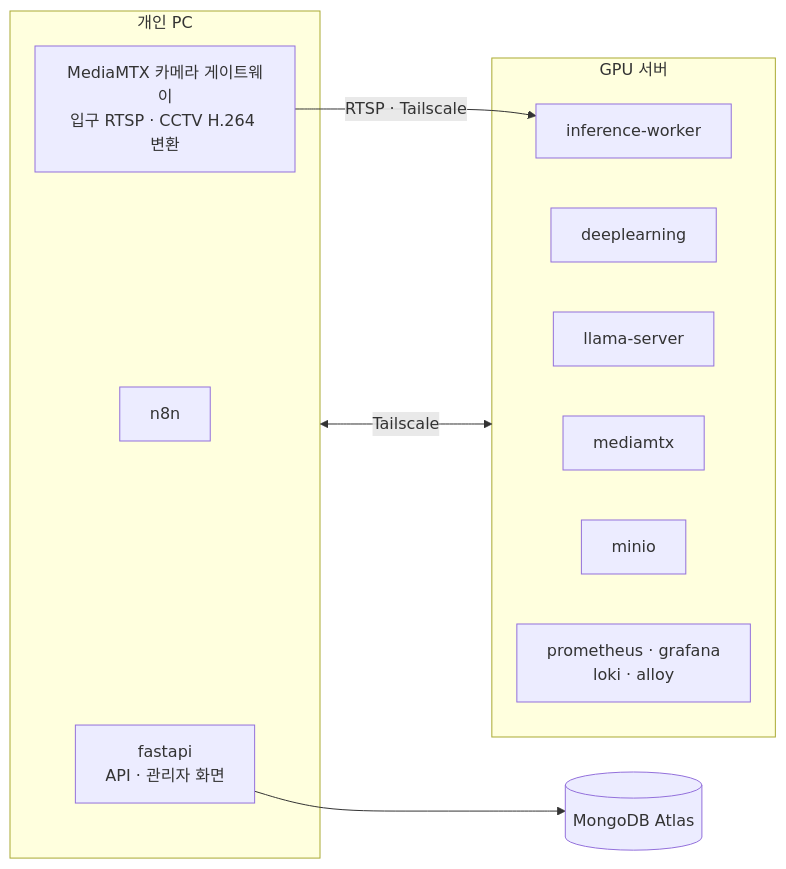
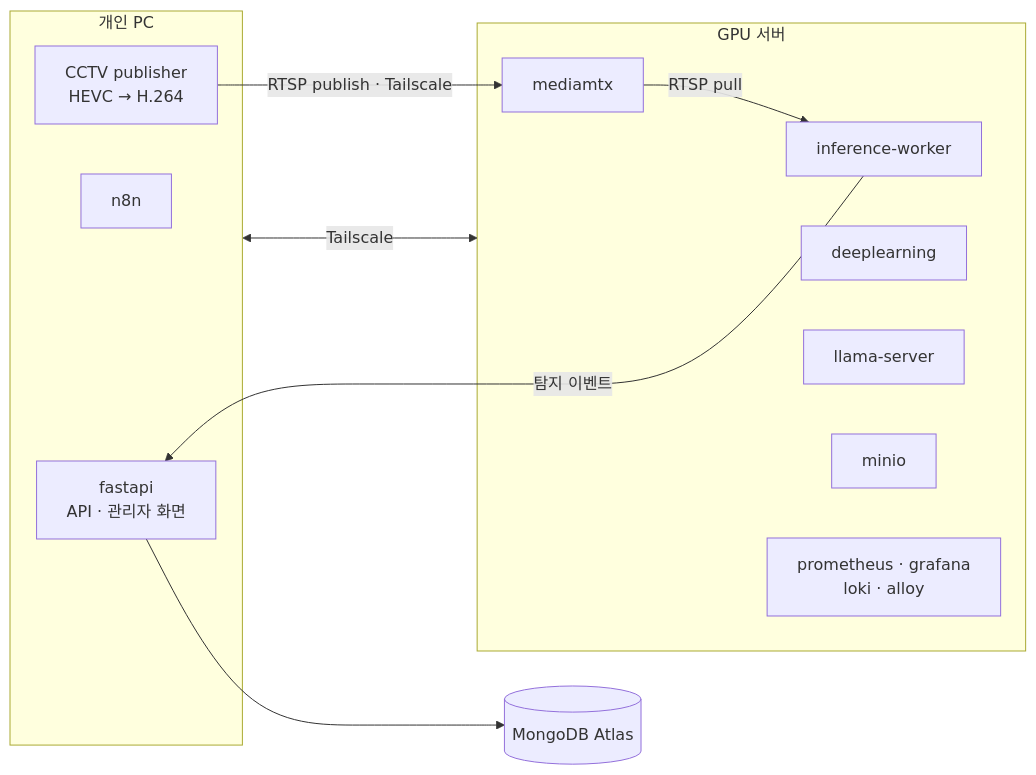
Before and after one commit to where-is-jo/classroom_monitoring: the second of 2 diagrams in docs/architecture/README.md, drawn with Mermaid. The commit also changed other lines of this file and 8 other files, not shown here.

````diff
--- a/docs/architecture/README.md
+++ b/docs/architecture/README.md
@@ -97,21 +97,23 @@
 ```mermaid
 flowchart LR
     subgraph PC["개인 PC"]
         FASTAPI["fastapi<br/>API · 관리자 화면"]
         N8N["n8n"]
-        CAMGW["MediaMTX 카메라 게이트웨이<br/>입구 RTSP · CCTV H.264 변환"]
+        PUBLISHER["CCTV publisher<br/>HEVC → H.264"]
     end
     subgraph GPUSRV["GPU 서버"]
         WORKER["inference-worker"]
         DL["deeplearning"]
         LLM["llama-server"]
         MTX["mediamtx"]
         MINIO["minio"]
         OBS["prometheus · grafana<br/>loki · alloy"]
     end
     CLOUD[("MongoDB Atlas")]
 
     PC <-->|"Tailscale"| GPUSRV
-    CAMGW -->|"RTSP · Tailscale"| WORKER
+    PUBLISHER -->|"RTSP publish · Tailscale"| MTX
+    MTX -->|"RTSP pull"| WORKER
+    WORKER -->|"탐지 이벤트"| FASTAPI
     FASTAPI --> CLOUD
 ```
````
